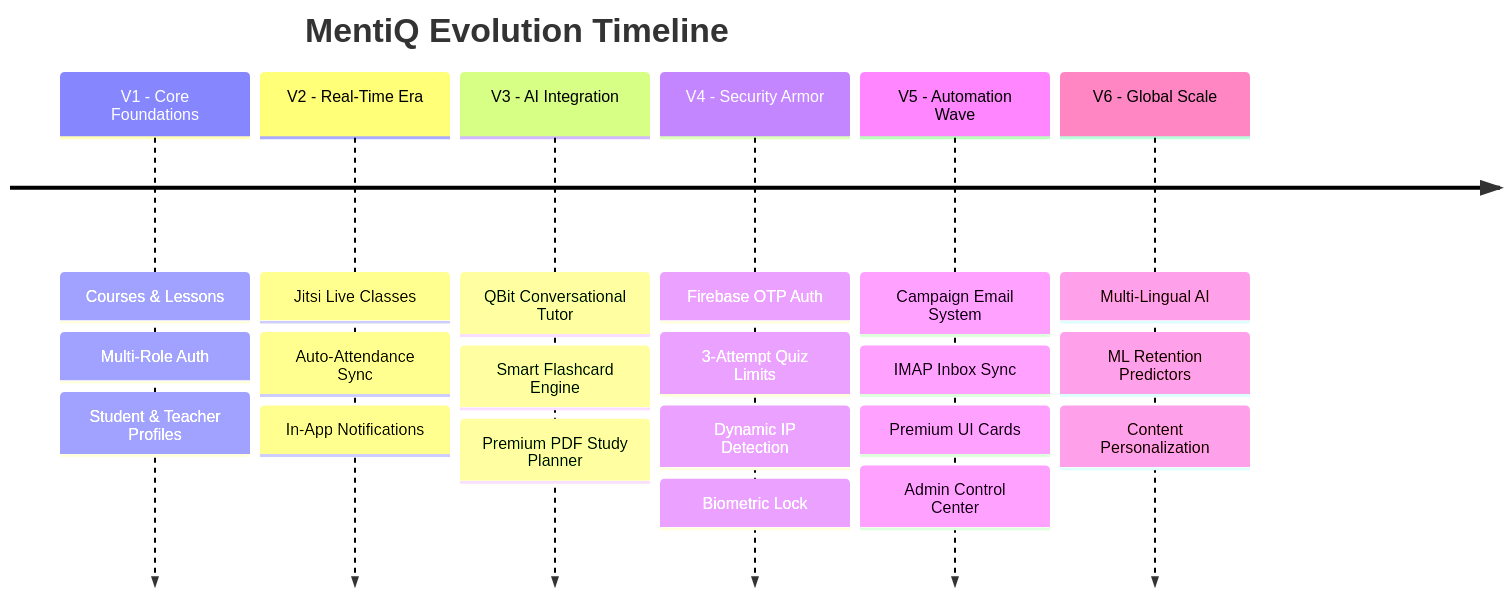
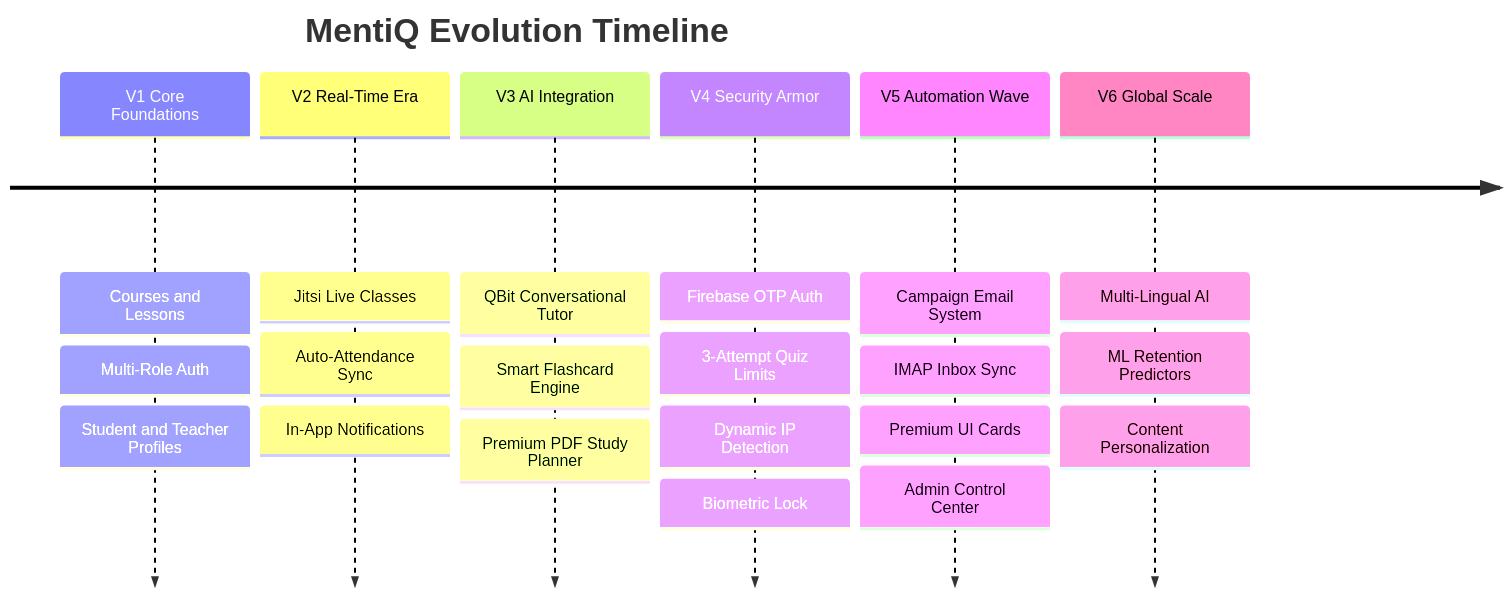
The second of 2 diagrams in README.md (adi-0903/E-learningApp-MentIQ), drawn with Mermaid before and after one commit. The commit also changed other lines of this file, not shown here.

````diff
--- a/README.md
+++ b/README.md
@@ -728,24 +645,24 @@
 ```mermaid
 timeline
     title MentiQ Evolution Timeline
-    V1 - Core Foundations : Courses & Lessons
-                          : Multi-Role Auth
-                          : Student & Teacher Profiles
-    V2 - Real-Time Era    : Jitsi Live Classes
-                          : Auto-Attendance Sync
-                          : In-App Notifications
-    V3 - AI Integration   : QBit Conversational Tutor
-                          : Smart Flashcard Engine
-                          : Premium PDF Study Planner
-    V4 - Security Armor   : Firebase OTP Auth
-                          : 3-Attempt Quiz Limits
-                          : Dynamic IP Detection
-                          : Biometric Lock
-    V5 - Automation Wave  : Campaign Email System
-                          : IMAP Inbox Sync
-                          : Premium UI Cards
-                          : Admin Control Center
-    V6 - Global Scale     : Multi-Lingual AI
-                          : ML Retention Predictors
-                          : Content Personalization
+    V1 Core Foundations : Courses and Lessons
+                        : Multi-Role Auth
+                        : Student and Teacher Profiles
+    V2 Real-Time Era    : Jitsi Live Classes
+                        : Auto-Attendance Sync
+                        : In-App Notifications
+    V3 AI Integration   : QBit Conversational Tutor
+                        : Smart Flashcard Engine
+                        : Premium PDF Study Planner
+    V4 Security Armor   : Firebase OTP Auth
+                        : 3-Attempt Quiz Limits
+                        : Dynamic IP Detection
+                        : Biometric Lock
+    V5 Automation Wave  : Campaign Email System
+                        : IMAP Inbox Sync
+                        : Premium UI Cards
+                        : Admin Control Center
+    V6 Global Scale     : Multi-Lingual AI
+                        : ML Retention Predictors
+                        : Content Personalization
 ```
````
